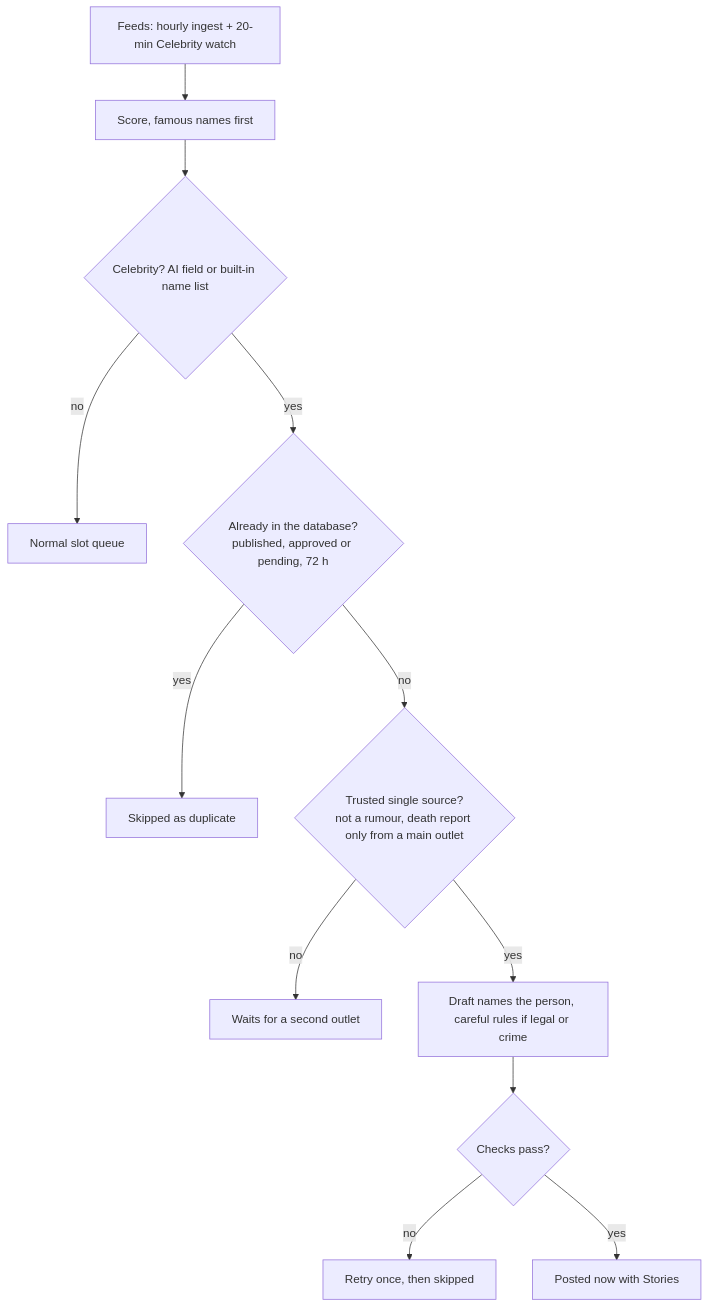
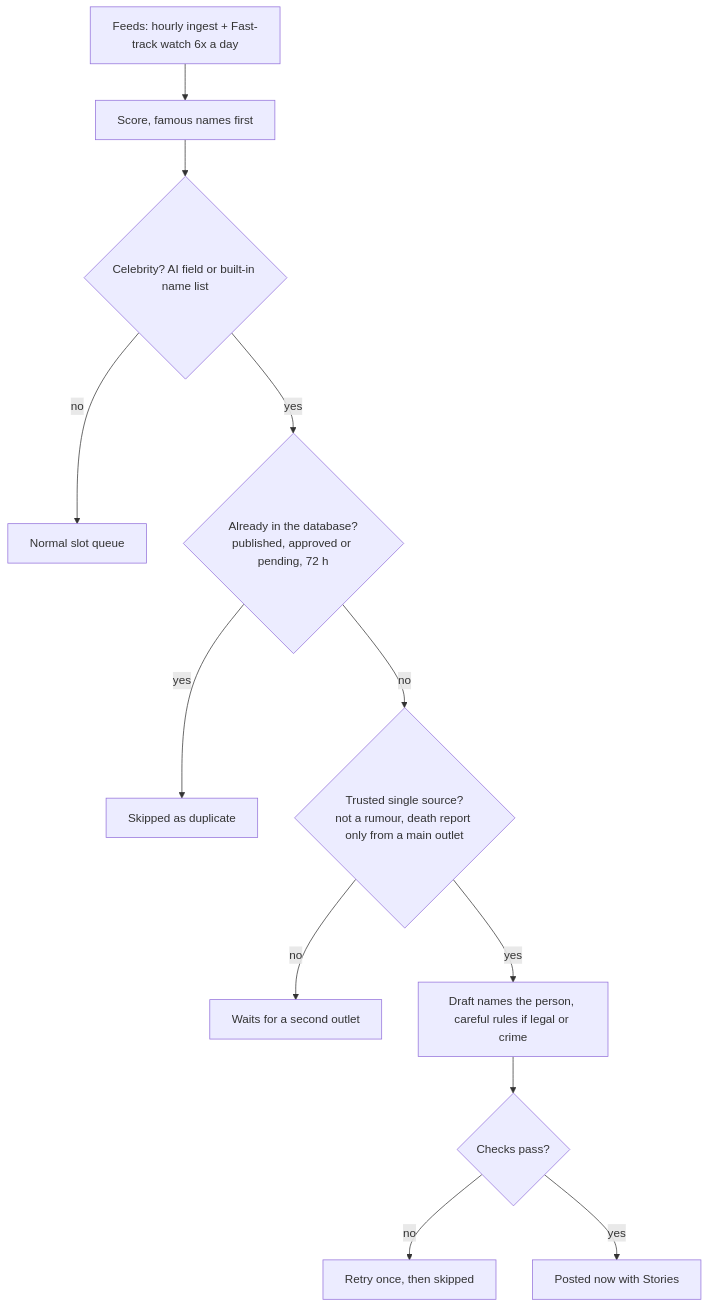
Before and after one commit to Hayat-Org/india-brief: the third of 4 diagrams in DOCUMENTATION.md, drawn with Mermaid. The commit also changed other lines of this file and 7 other files, not shown here.

First line of the commit message:
Fast-track watch 6x a day (4 day, 2 night); urgent/critical news joins the fast lane

````diff
--- a/DOCUMENTATION.md
+++ b/DOCUMENTATION.md
@@ -88,14 +88,14 @@
 ```mermaid
 flowchart TD
-  A[Feeds: hourly ingest + 20-min Celebrity watch] --> B[Score, famous names first]
+  A[Feeds: hourly ingest + Fast-track watch 6x a day] --> B[Score, famous names first]
   B --> C{Celebrity? AI field or built-in name list}
   C -- no --> Q[Normal slot queue]
   C -- yes --> D{Already in the database?<br/>published, approved or pending, 72 h}
   D -- yes --> X[Skipped as duplicate]
   D -- no --> E{Trusted single source?<br/>not a rumour, death report only from a main outlet}
   E -- no --> W[Waits for a second outlet]
   E -- yes --> F[Draft names the person, careful rules if legal or crime]
   F --> G{Checks pass?}
   G -- no --> R[Retry once, then skipped]
   G -- yes --> P[Posted now with Stories]
 ```
````
